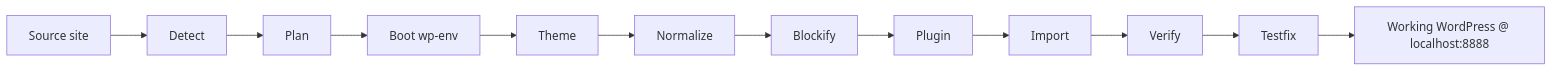
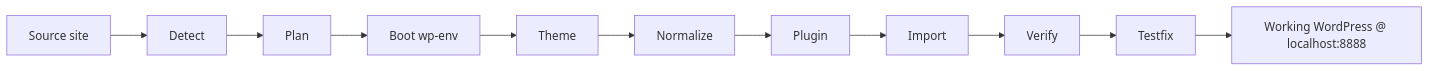
The first of 2 diagrams in README.md (f/to-wordpress), drawn with Mermaid before and after one commit. The commit also changed other lines of this file and 25 other files, not shown here.

````diff
--- a/README.md
+++ b/README.md
@@ -176,14 +173,13 @@
 ```mermaid
 flowchart LR
     src[Source site] --> D[Detect]
     D --> P[Plan]
     P --> B[Boot wp-env]
     B --> T[Theme]
     T --> N[Normalize]
-    N --> BL[Blockify]
-    BL --> PL[Plugin]
+    N --> PL[Plugin]
     PL --> I[Import]
     I --> V[Verify]
     V --> TF[Testfix]
     TF --> WP["Working WordPress @ localhost:8888"]
 ```
````
